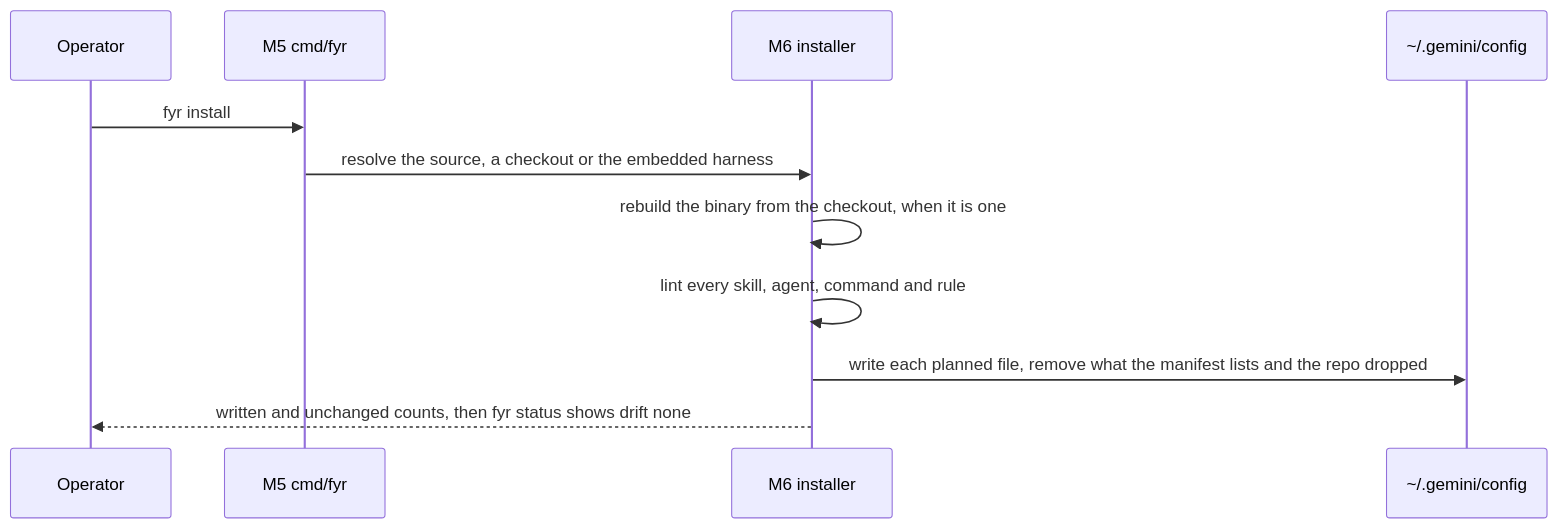
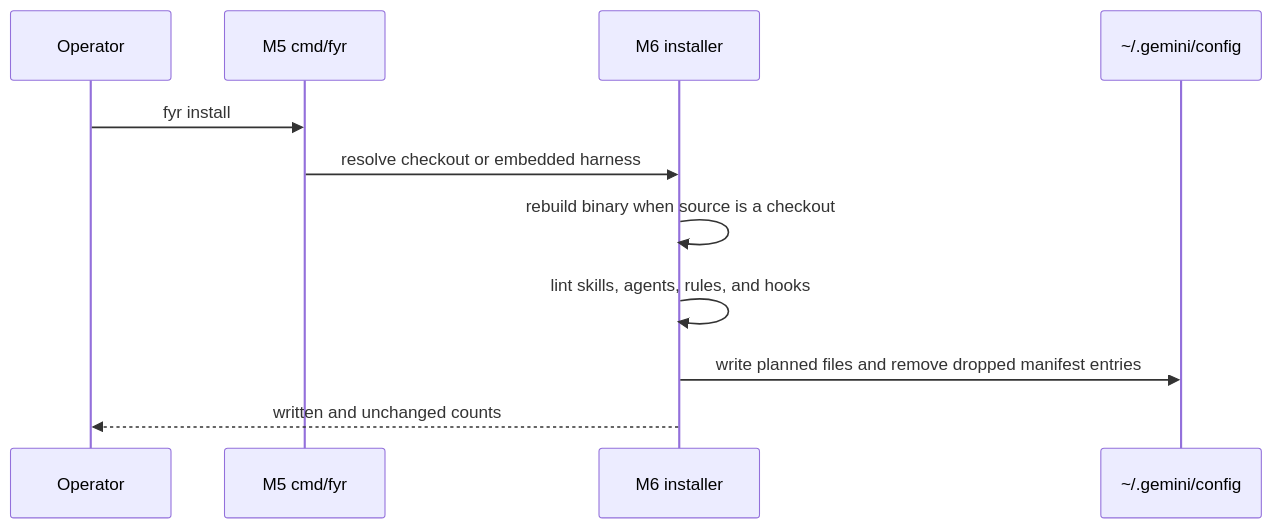
The third of 6 diagrams in SDD.md (kesokaj/fyr), drawn with Mermaid before and after one commit. The commit also changed other lines of this file and 1 other file, not shown here.

````diff
--- a/SDD.md
+++ b/SDD.md
@@ -66,13 +162,13 @@
 ```mermaid
 sequenceDiagram
-  participant O as Operator
-  participant C as M5 cmd/fyr
-  participant H as M6 installer
-  participant G as ~/.gemini/config
-  O->>C: fyr install
-  C->>H: resolve the source, a checkout or the embedded harness
-  H->>H: rebuild the binary from the checkout, when it is one
-  H->>H: lint every skill, agent, command and rule
-  H->>G: write each planned file, remove what the manifest lists and the repo dropped
-  H-->>O: written and unchanged counts, then fyr status shows drift none
+  participant Dev as Operator
+  participant CLI as M5 cmd/fyr
+  participant Inst as M6 installer
+  participant Cfg as ~/.gemini/config
+  Dev->>CLI: fyr install
+  CLI->>Inst: resolve checkout or embedded harness
+  Inst->>Inst: rebuild binary when source is a checkout
+  Inst->>Inst: lint skills, agents, rules, and hooks
+  Inst->>Cfg: write planned files and remove dropped manifest entries
+  Inst-->>Dev: written and unchanged counts
 ```
````
